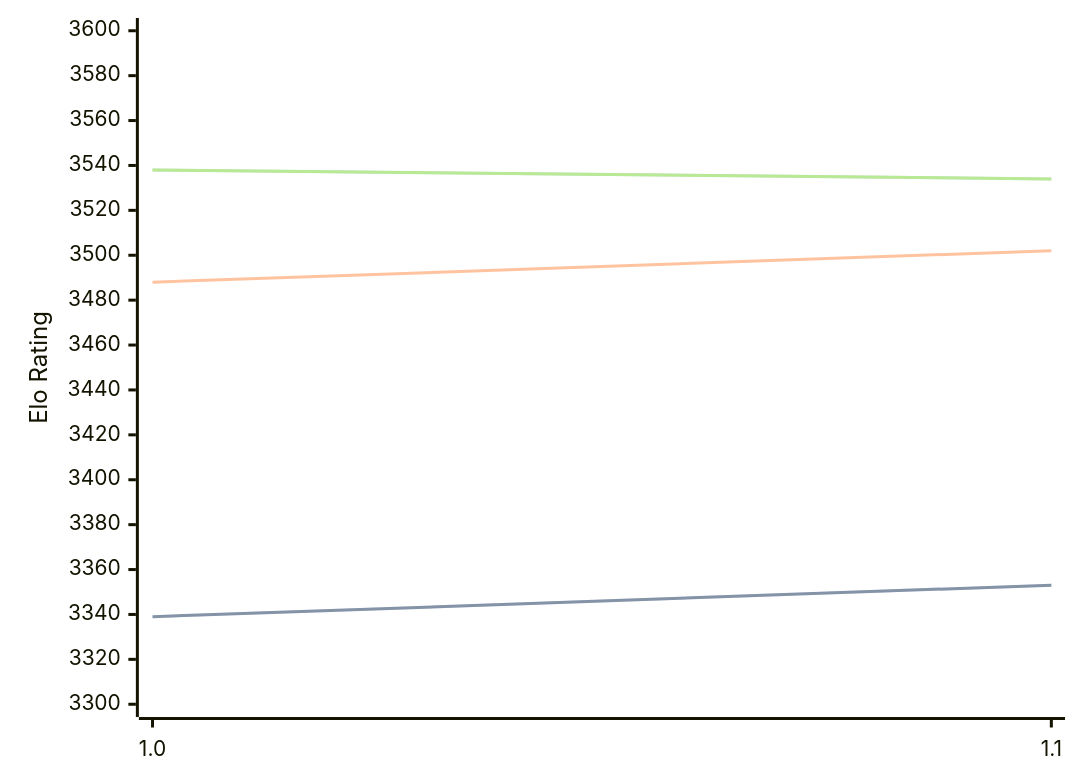
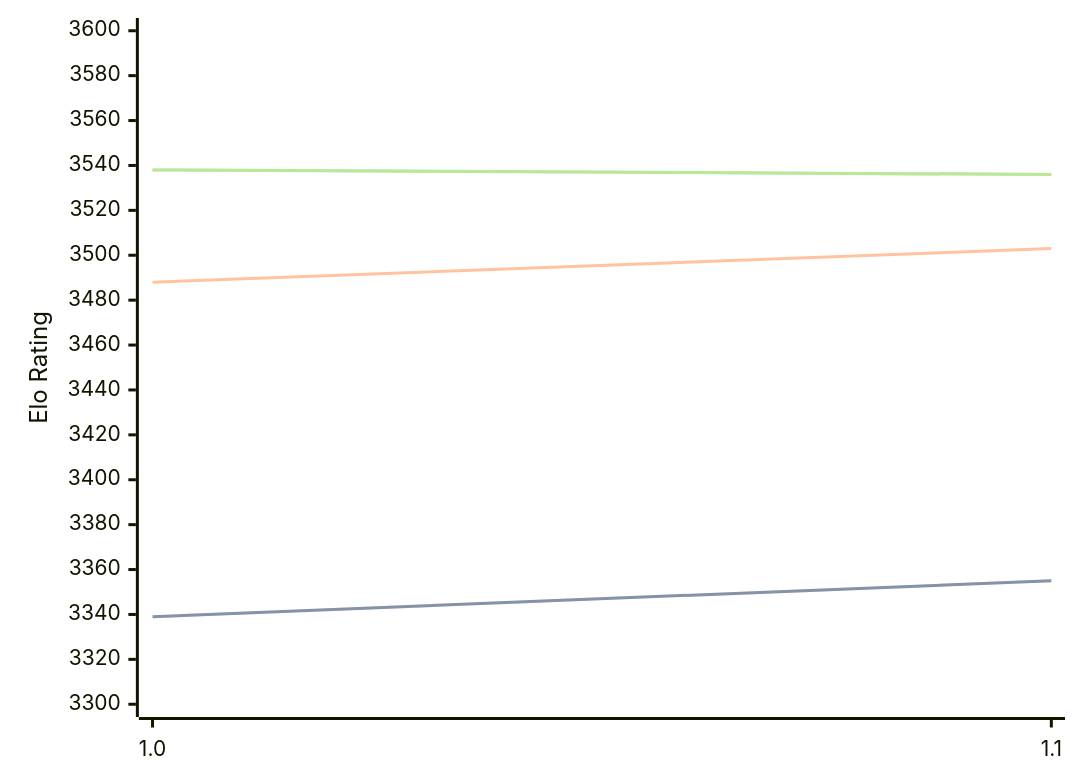
The diagram in engines/Horsie.md (computer-chess-index/cci), drawn with Mermaid before and after one commit. The commit also changed other lines of this file, not shown here.

Commit message:
Update CCI Ratings (ELO VLTC) - 2026-09-07

````diff
--- a/engines/Horsie.md
+++ b/engines/Horsie.md
@@ -32,11 +32,11 @@
 ```mermaid
 %%{init: {"theme":"base","themeVariables":{"seriesColors:['#a3a3a3','#222221','#faa371']}}}%%
 xychart-beta
   x-axis ["1.0", "1.1"]
   y-axis "Elo Rating" 3300 --> 3600
-  line "" [3339, 3353]
-  line "STC (8.0+0.08s)" [3339, 3353]
-  line "LTC (60.0+0.60s)" [3488, 3502]
-  line "" [3538, 3534]
-  line "VLTC (2m24s+1.12s)" [3538, 3534]
+  line "" [3339, 3355]
+  line "STC (8.0+0.08s)" [3339, 3355]
+  line "LTC (60.0+0.60s)" [3488, 3503]
+  line "" [3538, 3536]
+  line "VLTC (2m24s+1.12s)" [3538, 3536]
 ```
````
